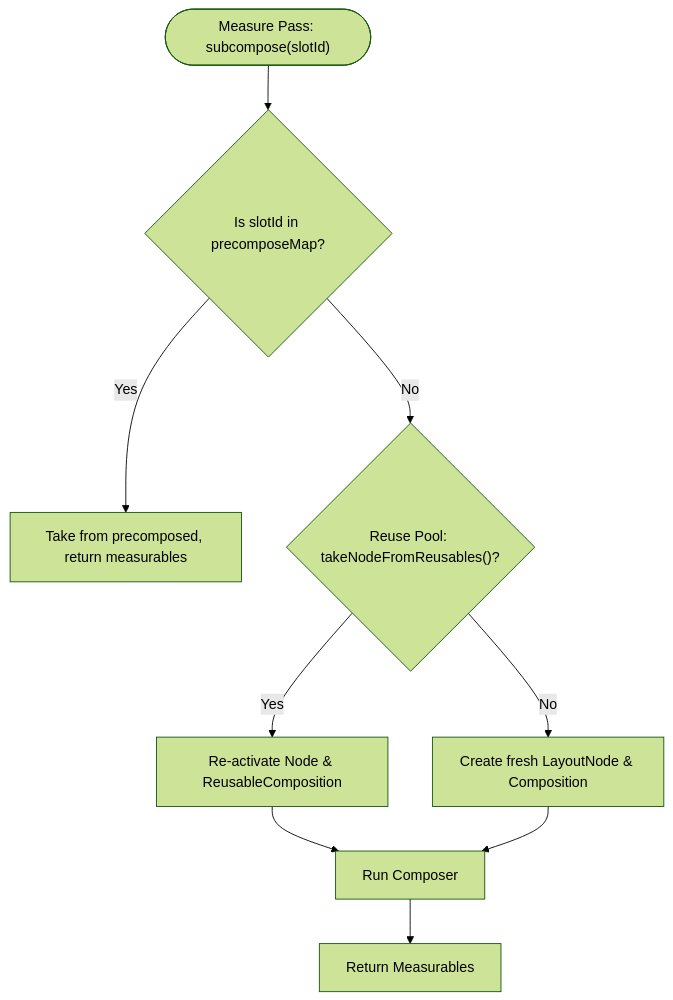
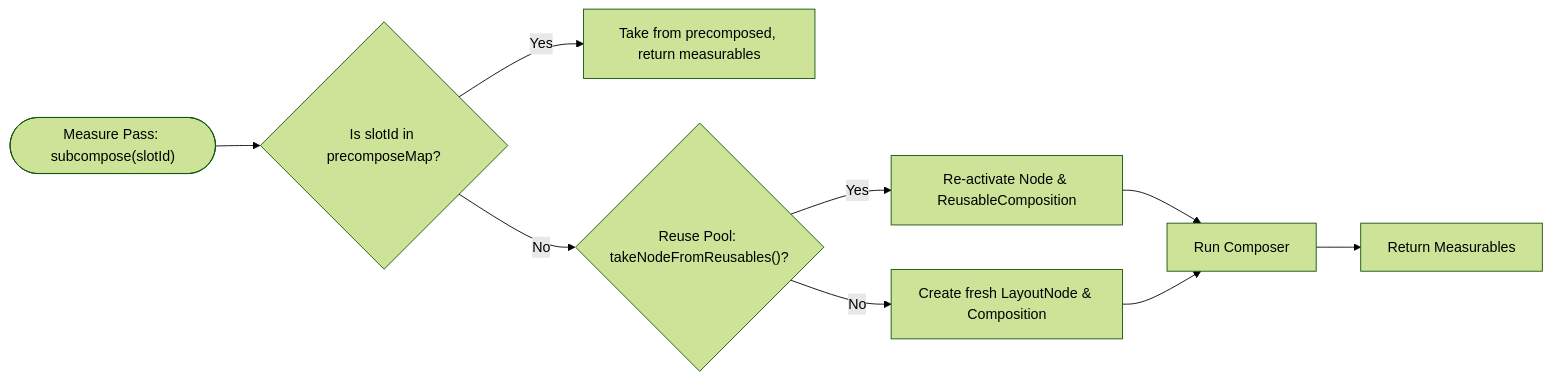
The third of 3 diagrams in src/data/blog/inside-subcomposelayout-jetpack-composes-most-misunderstood-api.md (PatilShreyas/blog.shreyaspatil.dev), drawn with Mermaid (forest theme) before and after one commit. The commit also changed other lines of this file, not shown here.

Commit message:
docs(blog): convert vertical flowcharts to compact horizontal layouts

````diff
--- a/src/data/blog/inside-subcomposelayout-jetpack-composes-most-misunderstood-api.md
+++ b/src/data/blog/inside-subcomposelayout-jetpack-composes-most-misunderstood-api.md
@@ -260,11 +260,11 @@
 ```mermaid
-flowchart TD
+flowchart LR
     A(["Measure Pass: subcompose(slotId)"]) --> B{"Is slotId in precomposeMap?"}
     B -->|Yes| C["Take from precomposed, return measurables"]
     B -->|No| D{"Reuse Pool: takeNodeFromReusables()?"}
     D -->|Yes| E["Re-activate Node & ReusableComposition"]
     D -->|No| F["Create fresh LayoutNode & Composition"]
     E --> G["Run Composer"]
     F --> G
     G --> H["Return Measurables"]
 ```
````
